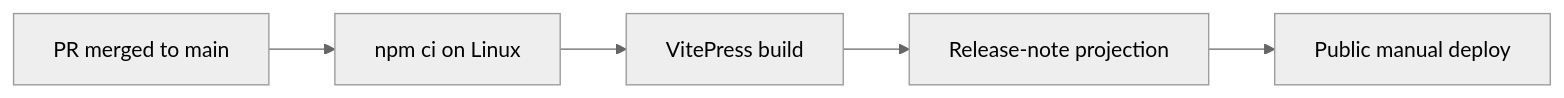
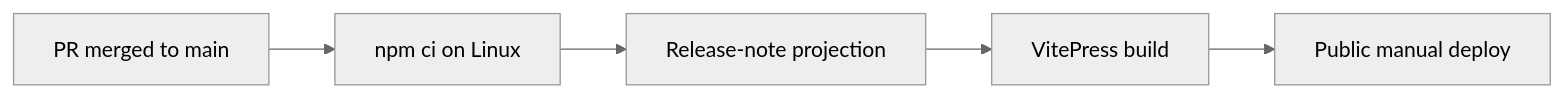
Before and after one commit to Unson-LLC/vibepro: the first of 2 diagrams in docs/specs/vibepro-linux-rollup-ci-lock.md, drawn with Mermaid (neutral theme).

Commit message:
docs: align release flow with deployment order

````diff
--- a/docs/specs/vibepro-linux-rollup-ci-lock.md
+++ b/docs/specs/vibepro-linux-rollup-ci-lock.md
@@ -35,7 +35,7 @@
 ```mermaid
 flowchart LR
   A[PR merged to main] --> B[npm ci on Linux]
-  B --> C[VitePress build]
-  C --> D[Release-note projection]
+  B --> C[Release-note projection]
+  C --> D[VitePress build]
   D --> E[Public manual deploy]
 ```
````
